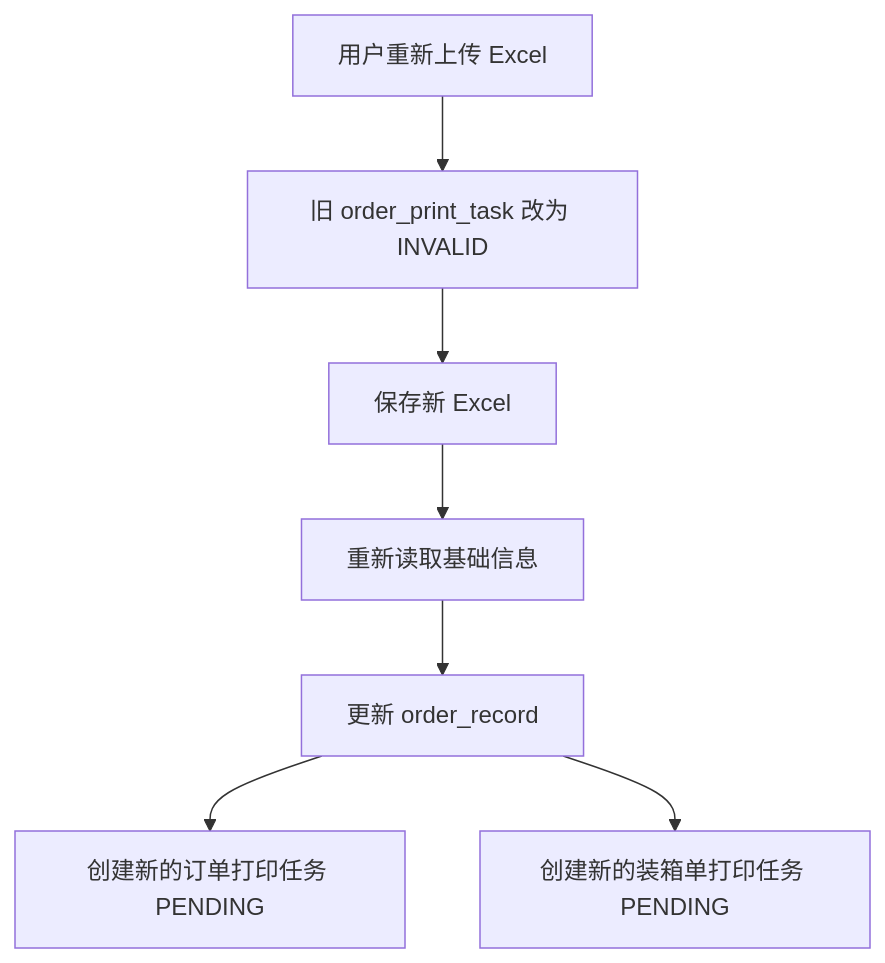
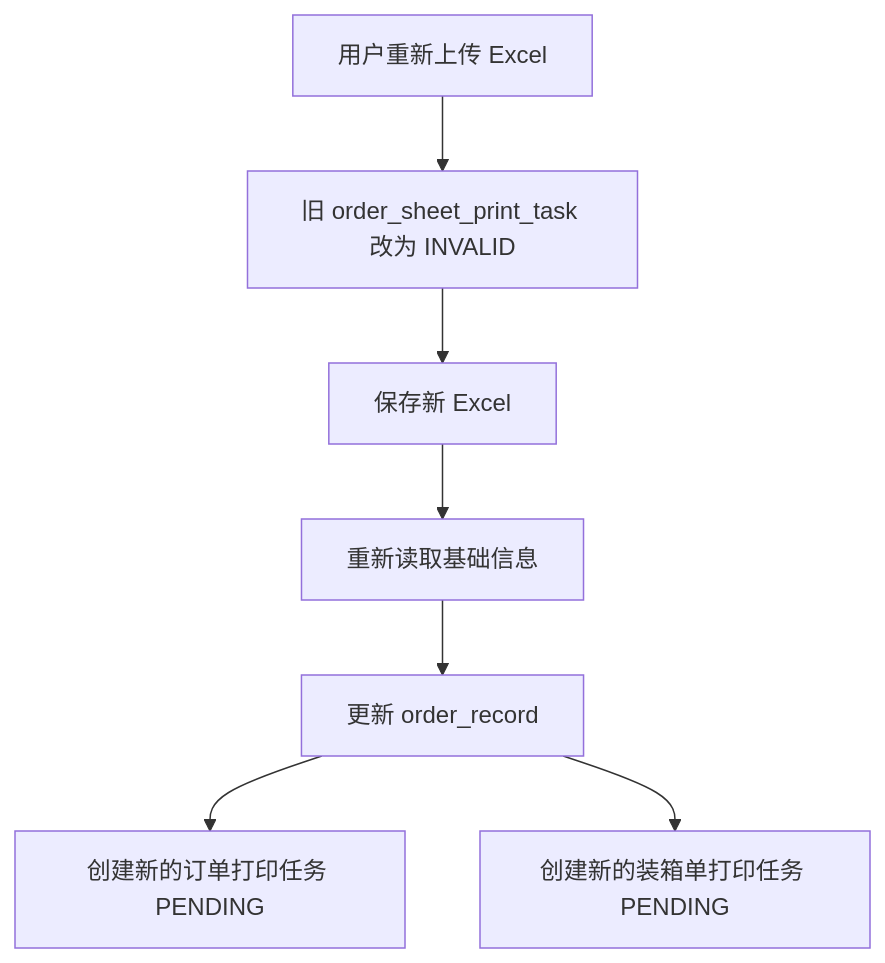
One commit to BleakWinter/shoe-factory-assistant changed the fourth of 4 diagrams in docs/打印任务与识别流程设计.md. Above: the diagram before and after it, drawn with Mermaid. The commit also changed other lines of this file and 24 other files, not shown here.

````diff
--- a/docs/打印任务与识别流程设计.md
+++ b/docs/打印任务与识别流程设计.md
@@ -265,9 +259,9 @@
 ```mermaid
 flowchart TD
-    A["用户重新上传 Excel"] --> B["旧 order_print_task 改为 INVALID"]
+    A["用户重新上传 Excel"] --> B["旧 order_sheet_print_task 改为 INVALID"]
     B --> C["保存新 Excel"]
     C --> D["重新读取基础信息"]
     D --> E["更新 order_record"]
     E --> F["创建新的订单打印任务 PENDING"]
     E --> G["创建新的装箱单打印任务 PENDING"]
 ```
````
